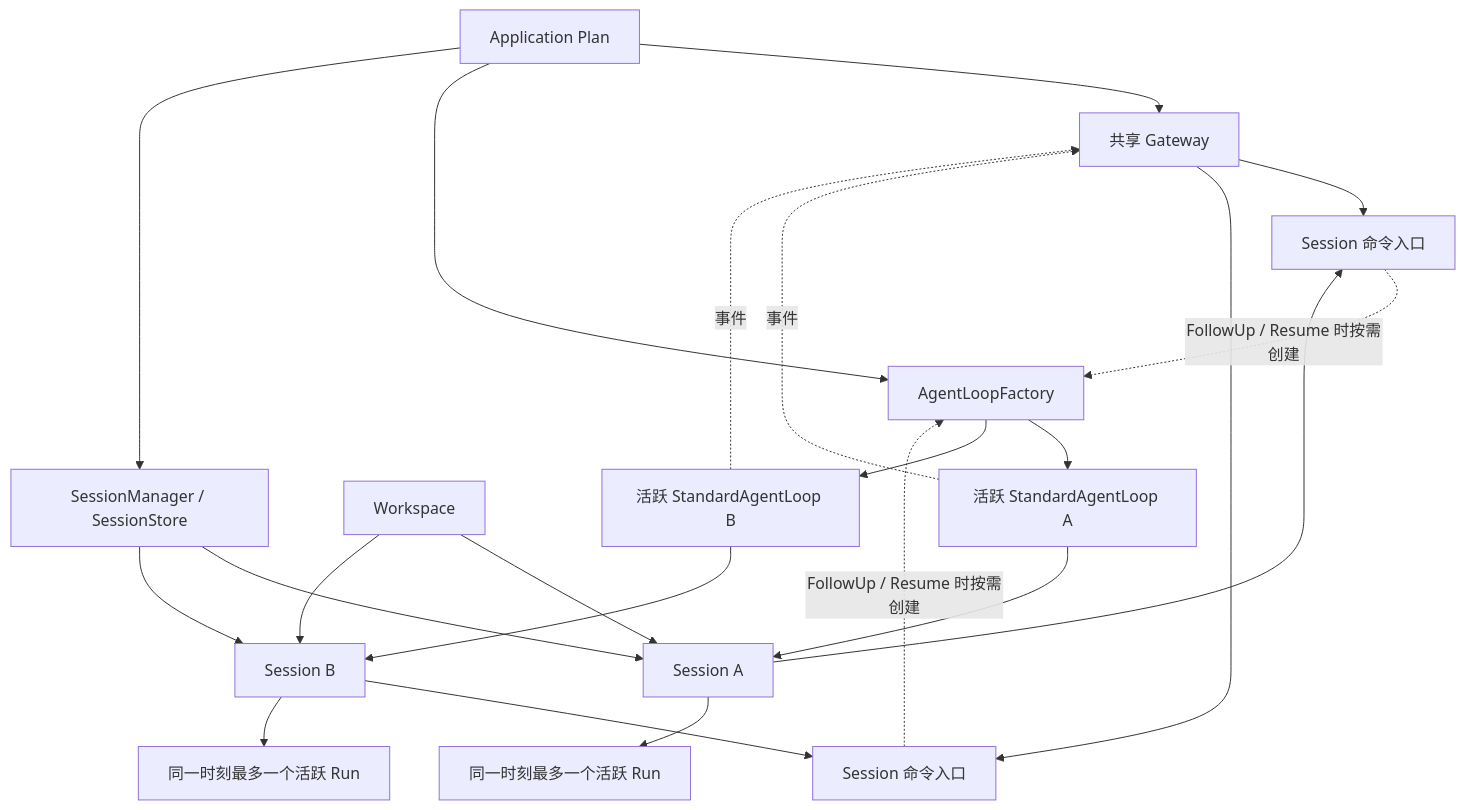
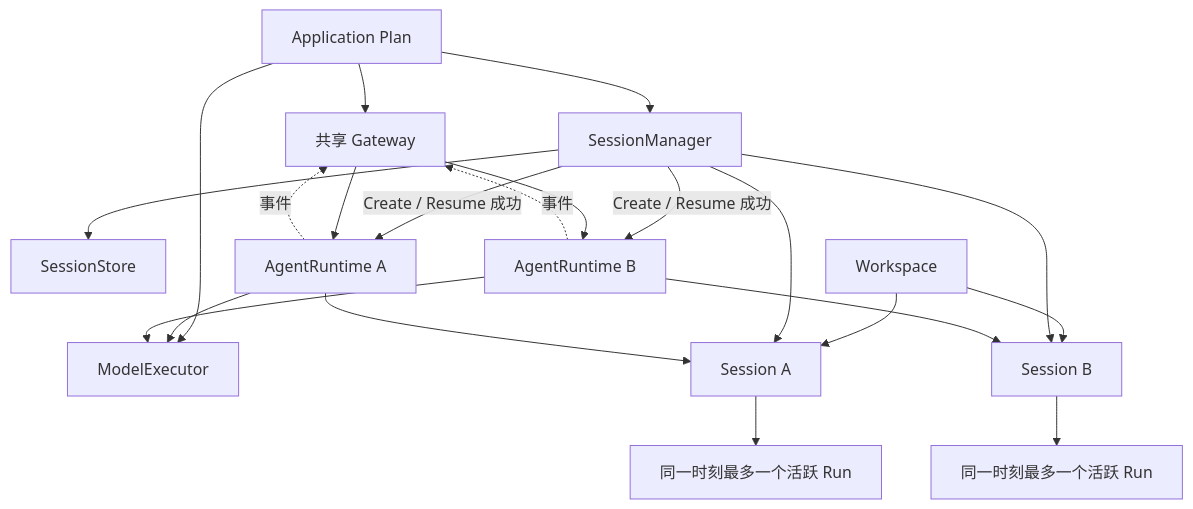
Before and after one commit to LyleLiu666/agentSlot: the diagram in docs/agent-architecture-discussion.zh-CN.md, drawn with Mermaid. The commit also changed other lines of this file and 7 other files, not shown here.

````diff
--- a/docs/agent-architecture-discussion.zh-CN.md
+++ b/docs/agent-architecture-discussion.zh-CN.md
@@ -17,24 +17,23 @@
 ```mermaid
 flowchart TD
     A["Application Plan"] --> G["共享 Gateway"]
-    A --> F["AgentLoopFactory"]
-    A --> SM["SessionManager / SessionStore"]
+    A --> SM["SessionManager"]
+    SM --> SS["SessionStore"]
+    A --> ME["ModelExecutor"]
     W["Workspace"] --> S1["Session A"]
     W --> S2["Session B"]
     SM --> S1
     SM --> S2
-    S1 --> C1["Session 命令入口"]
-    S2 --> C2["Session 命令入口"]
-    C1 -. "FollowUp / Resume 时按需创建" .-> F
-    C2 -. "FollowUp / Resume 时按需创建" .-> F
-    F --> L1["活跃 StandardAgentLoop A"]
-    F --> L2["活跃 StandardAgentLoop B"]
-    L1 --> S1
-    L2 --> S2
+    SM -->|"Create / Resume 成功"| RT1["AgentRuntime A"]
+    SM -->|"Create / Resume 成功"| RT2["AgentRuntime B"]
+    RT1 --> S1
+    RT2 --> S2
+    RT1 --> ME
+    RT2 --> ME
     S1 --> R1["同一时刻最多一个活跃 Run"]
     S2 --> R2["同一时刻最多一个活跃 Run"]
-    G --> C1
-    G --> C2
-    L1 -. "事件" .-> G
-    L2 -. "事件" .-> G
+    G --> RT1
+    G --> RT2
+    RT1 -. "事件" .-> G
+    RT2 -. "事件" .-> G
 ```
````
